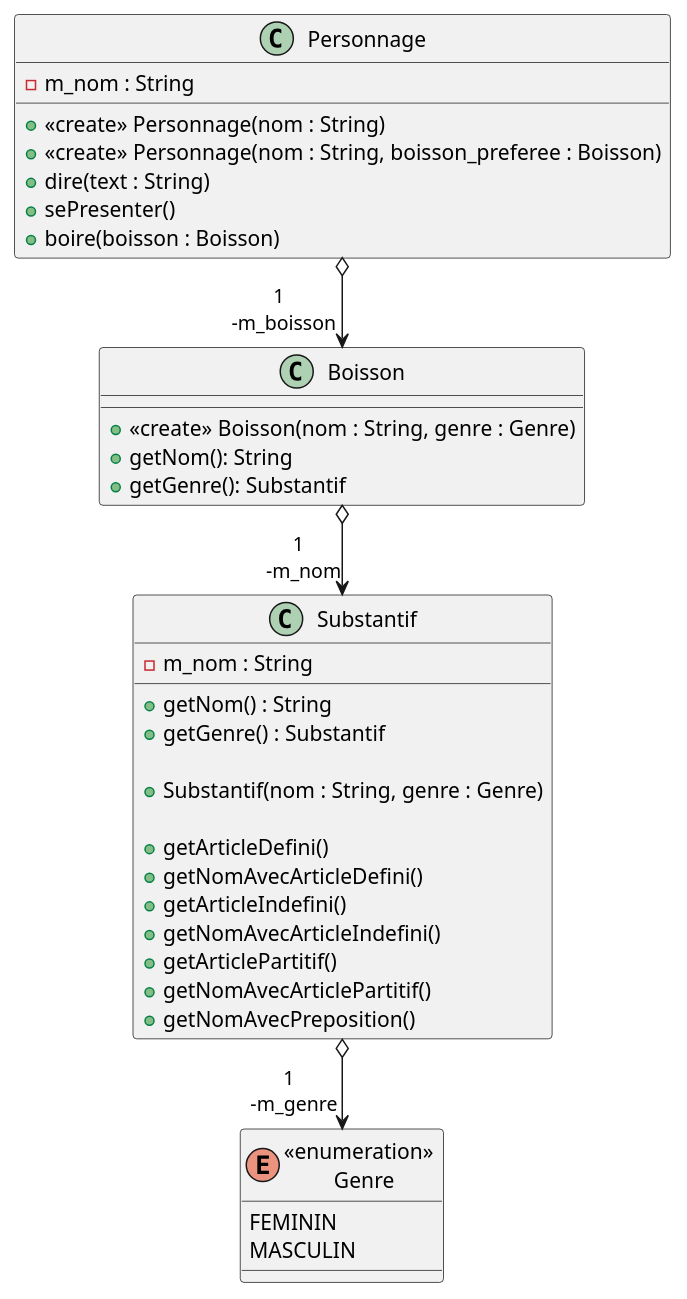
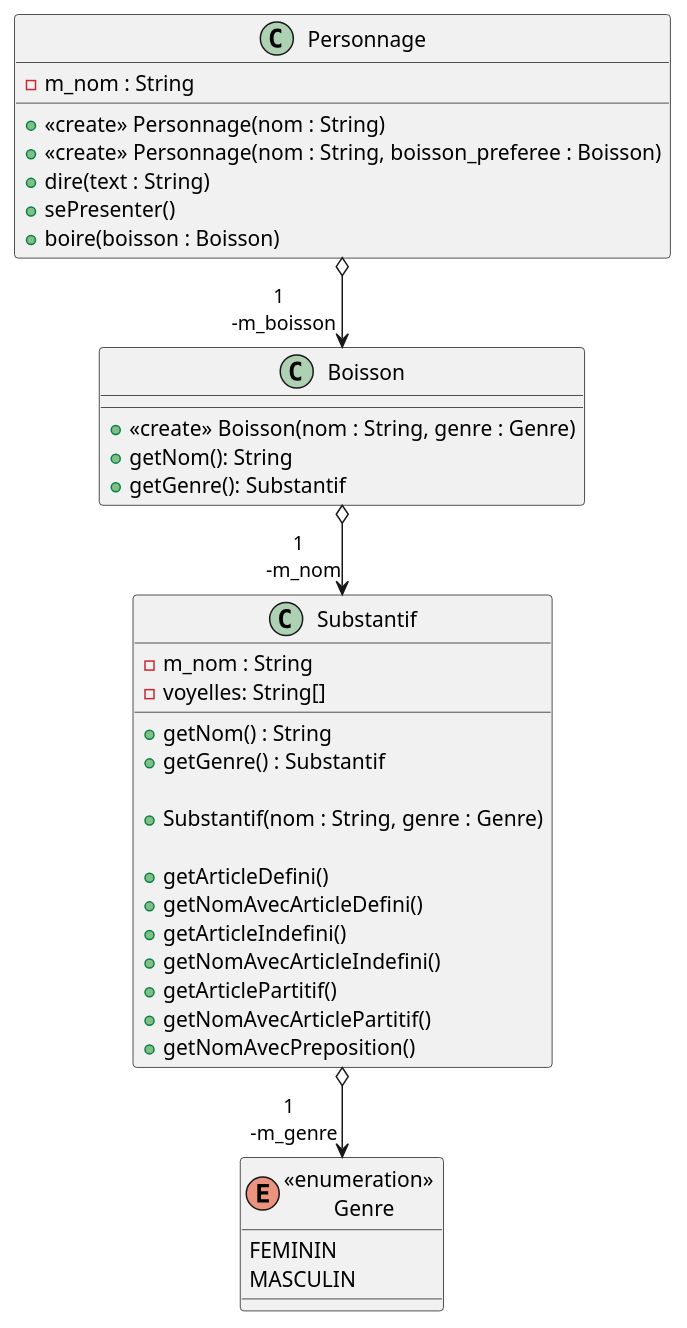
Before and after one commit to Lirobi/Projet-western: the diagram in src/Scenario1/Grammaire/Grammaire.puml, drawn with PlantUML. The commit also changed 3 other files, not shown here.

```diff
--- a/src/Scenario1/Grammaire/Grammaire.puml
+++ b/src/Scenario1/Grammaire/Grammaire.puml
@@ -1,51 +1,52 @@
 @startuml
 
 
 Personnage o-->"1 \n -m_boisson" Boisson
 Boisson o-->"1 \n -m_nom" Substantif
 Substantif o-->"1 \n -m_genre" "«enumeration» \n Genre"
 
 enum "«enumeration» \n Genre" {
 FEMININ
 MASCULIN
 }
 
 class Substantif {
 
     - m_nom : String
     '- m_genre : Genre
+    - voyelles: String[]
 
     + getNom() : String
     + getGenre() : Substantif
 
     + Substantif(nom : String, genre : Genre)
 
     + getArticleDefini()
     + getNomAvecArticleDefini()
     + getArticleIndefini()
     + getNomAvecArticleIndefini()
     + getArticlePartitif()
     + getNomAvecArticlePartitif()
     + getNomAvecPreposition()
 
 }
 
 class Boisson {
     '- m_nom : Substantif
 
     + «create» Boisson(nom : String, genre : Genre)
     + getNom(): String
     + getGenre(): Substantif
 }
 class Personnage {
     - m_nom : String
     '- m_boisson : Boisson
 
     + «create» Personnage(nom : String)
     + «create» Personnage(nom : String, boisson_preferee : Boisson)
     + dire(text : String)
     + sePresenter()
     + boire(boisson : Boisson)
 }
 
 @enduml
```
